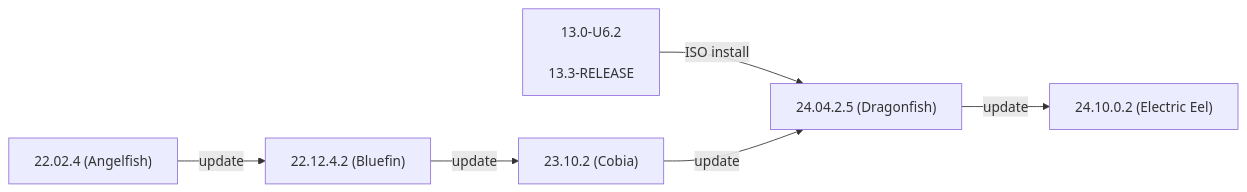
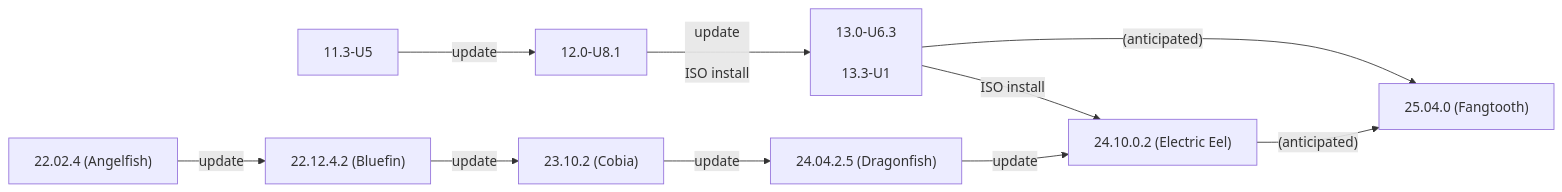
The first of 2 diagrams in static/includes/SCALEUpgradePaths.md (truenas/documentation), drawn with Mermaid before and after one commit. The commit also changed other lines of this file and 10 other files, not shown here.

```diff
--- a/static/includes/SCALEUpgradePaths.md
+++ b/static/includes/SCALEUpgradePaths.md
@@ -49,9 +61,13 @@
           {{< mermaid class="mermaid_sizing" >}}
           flowchart LR
-            A["22.02.4 (Angelfish)"] -->|update| C
-            B["13.0-U6.2<br><br>13.3-RELEASE"] -->|ISO install| E
-            C["22.12.4.2 (Bluefin)"] -->|update| D
-            D["23.10.2 (Cobia)"] -->|update| E
-            E["24.04.2.5 (Dragonfish)"] -->|update| H
-            H["24.10.0.2 (Electric Eel)"]
+            A["11.3-U5"] -->|update| B["12.0-U8.1"]
+            B -->|"update<br><br>ISO install"| C["13.0-U6.3<br><br>13.3-U1"]
+            C -->|ISO install| H
+            C -->|"(anticipated)"| I
+            D["22.02.4 (Angelfish)"] -->|update| E
+            E["22.12.4.2 (Bluefin)"] -->|update| F
+            F["23.10.2 (Cobia)"] -->|update| G
+            G["24.04.2.5 (Dragonfish)"] -->|update| H
+            H["24.10.0.2 (Electric Eel)"] -->|"(anticipated)"| I
+            I["25.04.0 (Fangtooth)"]
           {{< /mermaid >}}
```
